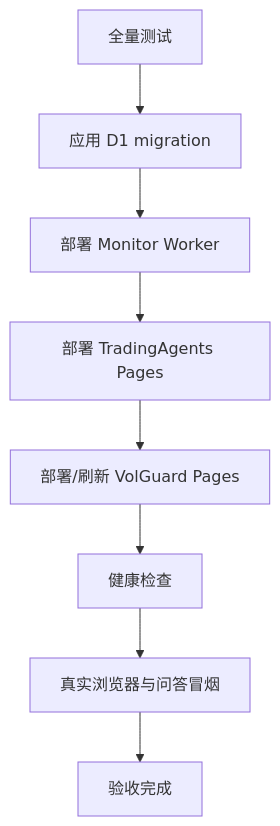
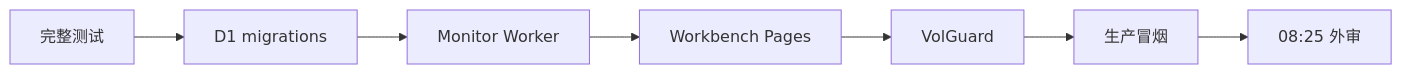
The diagram in docs/operations-and-deployment.md (gaaiyun/TradingWorkbench), drawn with Mermaid before and after one commit. The commit also changed other lines of this file and 4 other files, not shown here.

````diff
--- a/docs/operations-and-deployment.md
+++ b/docs/operations-and-deployment.md
@@ -118,10 +123,9 @@
 ```mermaid
-flowchart TD
-    T["全量测试"] --> M["应用 D1 migration"]
-    M --> W["部署 Monitor Worker"]
-    W --> P["部署 TradingAgents Pages"]
-    P --> V["部署/刷新 VolGuard Pages"]
-    V --> H["健康检查"]
-    H --> B["真实浏览器与问答冒烟"]
-    B --> OK["验收完成"]
+flowchart LR
+    T["完整测试"] --> M["D1 migrations"]
+    M --> W["Monitor Worker"]
+    W --> P["Workbench Pages"]
+    P --> V["VolGuard"]
+    V --> S["生产冒烟"]
+    S --> E["08:25 外审"]
 ```
````
